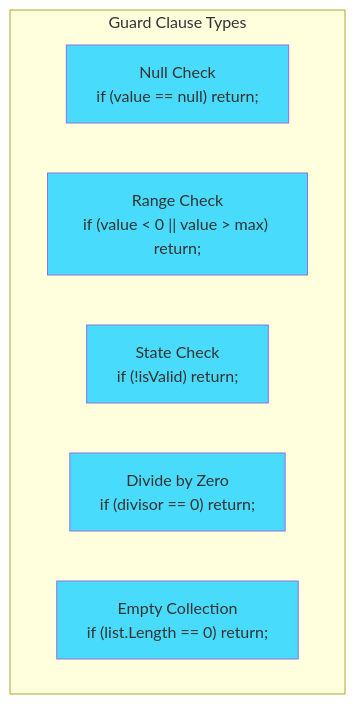
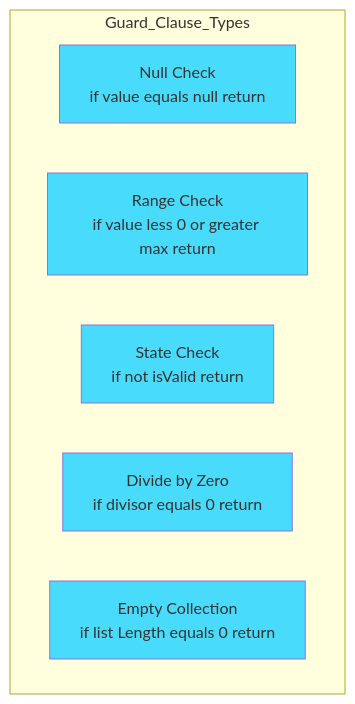
Before and after one commit to IAFahim/data-oriented-design-standards: the fifth of 8 diagrams in 02-early-exit-pattern.md, drawn with Mermaid. The commit also changed other lines of this file and 1 other file, not shown here.

````diff
--- a/02-early-exit-pattern.md
+++ b/02-early-exit-pattern.md
@@ -536,16 +538,16 @@
 ```mermaid
 graph TD
-    subgraph "Guard Clause Types"
-        G1["Null Check<br/>if (value == null) return;"]
-        G2["Range Check<br/>if (value < 0 || value > max) return;"]
-        G3["State Check<br/>if (!isValid) return;"]
-        G4["Divide by Zero<br/>if (divisor == 0) return;"]
-        G5["Empty Collection<br/>if (list.Length == 0) return;"]
+    subgraph Guard_Clause_Types
+        G1["Null Check<br/>if value equals null return"]
+        G2["Range Check<br/>if value less 0 or greater max return"]
+        G3["State Check<br/>if not isValid return"]
+        G4["Divide by Zero<br/>if divisor equals 0 return"]
+        G5["Empty Collection<br/>if list Length equals 0 return"]
     end
     
     style G1 fill:#48dbfb
     style G2 fill:#48dbfb
     style G3 fill:#48dbfb
     style G4 fill:#48dbfb
     style G5 fill:#48dbfb
 ```
````
